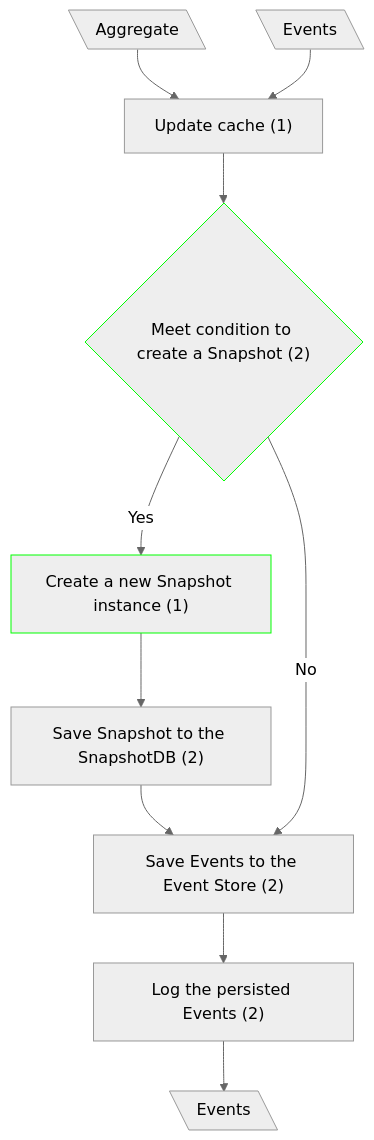
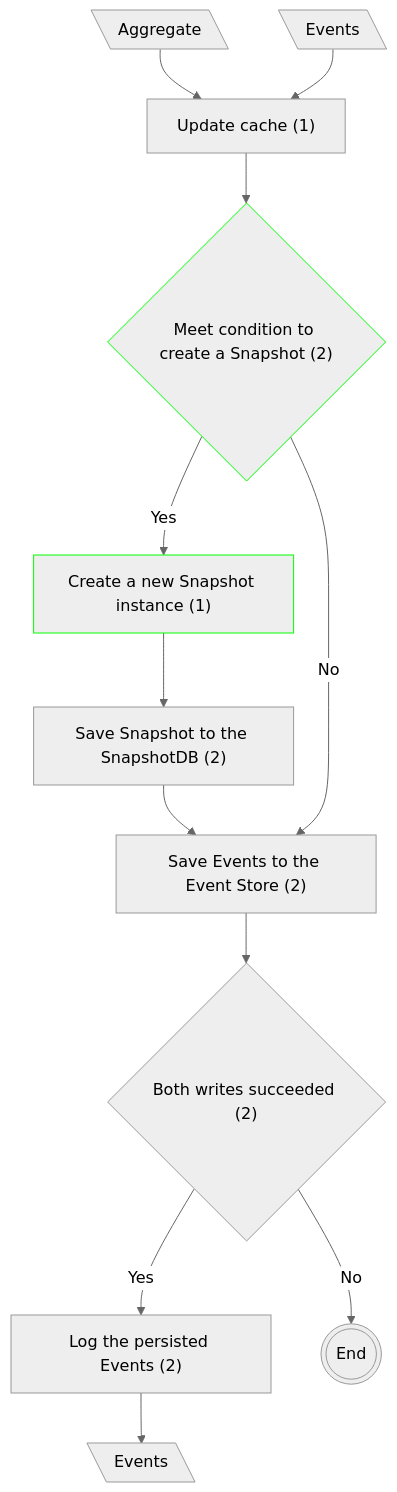
One commit to dmitryhruzin/CQRS-variations-test changed the seventh of 9 diagrams in docs/CF Complexity/update.md. Above: the diagram before and after it, drawn with Mermaid (neutral theme). The commit also changed other lines of this file and 2 other files, not shown here.

Commit message:
docs: add more infra calls to diagrams

````diff
--- a/docs/CF Complexity/update.md
+++ b/docs/CF Complexity/update.md
@@ -174,16 +174,18 @@
 ```mermaid
 flowchart TD
   classDef mod stroke:#0f0
   A1@{ shape: lean-l, label: "Aggregate" }
   A2@{ shape: lean-l, label: "Events" }
   A1 --> B["Update cache (1)"]
   A2 --> B
   B --> C{"Meet condition to create a Snapshot (2)"}:::mod
   C --Yes--> D["Create a new Snapshot instance (1)"]:::mod
   D --> E1["Save Snapshot to the SnapshotDB (2)"]
   E1 --> E2["Save Events to the Event Store (2)"]
   C --"No"--> E2
-  E2 --> L["Log the persisted Events (2)"]
+  E2 --> CF{"Both writes succeeded (2)"}
+  CF --Yes--> L["Log the persisted Events (2)"]
+  CF --"No"--> X@{ shape: dbl-circ, label: "End" }
   L --> F@{ shape: lean-l, label: "Events" }
 
 ```
````
